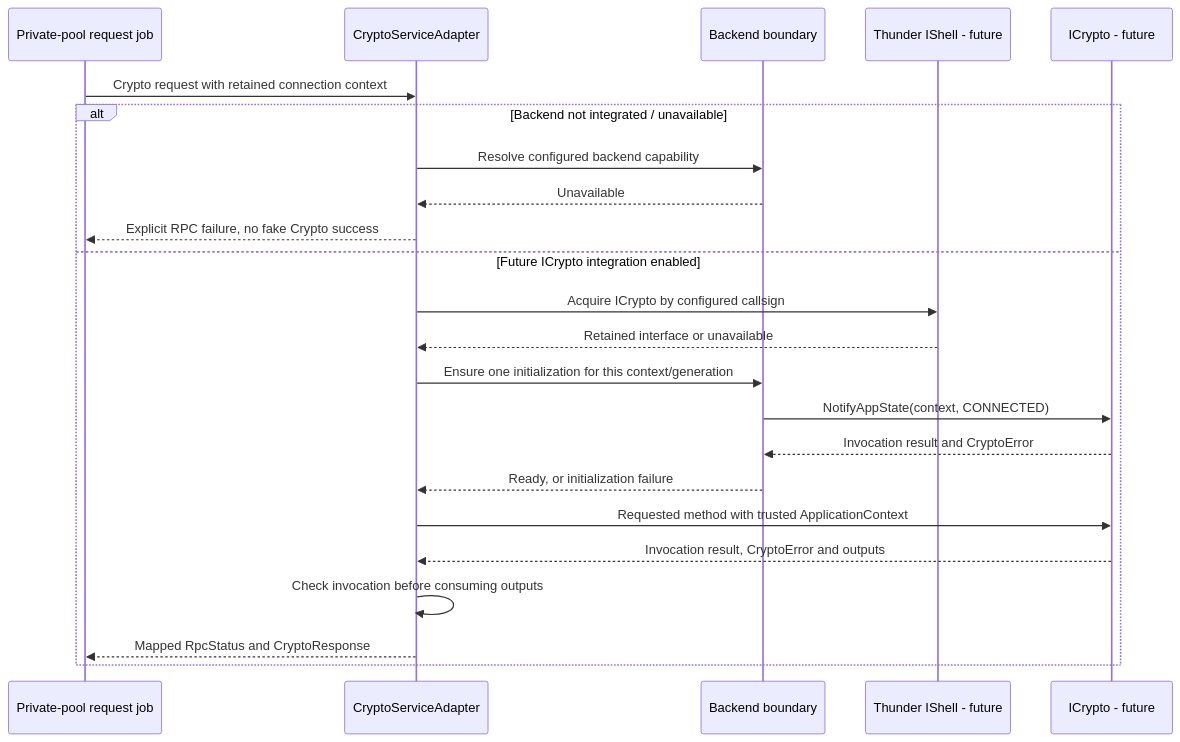
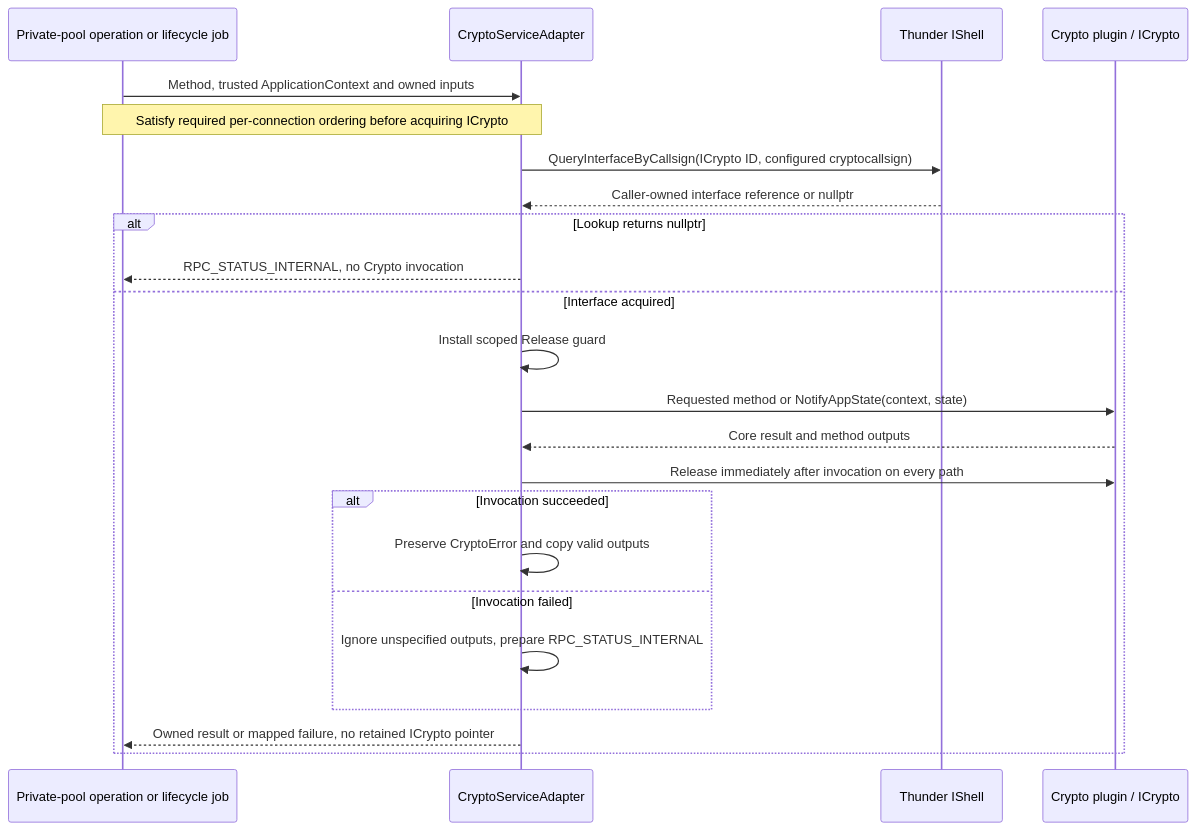
Diagram 19 of 30 in doc/EyilSecureGateway.md (rdkcentral/eyil-secure-gateway), drawn with Mermaid before and after one commit. The commit also changed other lines of this file, not shown here.

````diff
--- a/doc/EyilSecureGateway.md
+++ b/doc/EyilSecureGateway.md
@@ -2418,25 +2492,25 @@
 ```mermaid
 sequenceDiagram
-    participant J as Private-pool request job
+    participant J as Private-pool operation or lifecycle job
     participant A as CryptoServiceAdapter
-    participant B as Backend boundary
-    participant T as Thunder IShell - future
-    participant C as ICrypto - future
-    J->>A: Crypto request with retained connection context
-    alt Backend not integrated / unavailable
-        A->>B: Resolve configured backend capability
-        B-->>A: Unavailable
-        A-->>J: Explicit RPC failure, no fake Crypto success
-    else Future ICrypto integration enabled
-        A->>T: Acquire ICrypto by configured callsign
-        T-->>A: Retained interface or unavailable
-        A->>B: Ensure one initialization for this context/generation
-        B->>C: NotifyAppState(context, CONNECTED)
-        C-->>B: Invocation result and CryptoError
-        B-->>A: Ready, or initialization failure
-        A->>C: Requested method with trusted ApplicationContext
-        C-->>A: Invocation result, CryptoError and outputs
-        A->>A: Check invocation before consuming outputs
-        A-->>J: Mapped RpcStatus and CryptoResponse
+    participant T as Thunder IShell
+    participant C as Crypto plugin / ICrypto
+    J->>A: Method, trusted ApplicationContext and owned inputs
+    Note over J,A: Satisfy required per-connection ordering before acquiring ICrypto
+    A->>T: QueryInterfaceByCallsign(ICrypto ID, configured cryptocallsign)
+    T-->>A: Caller-owned interface reference or nullptr
+    alt Lookup returns nullptr
+        A-->>J: RPC_STATUS_INTERNAL, no Crypto invocation
+    else Interface acquired
+        A->>A: Install scoped Release guard
+        A->>C: Requested method or NotifyAppState(context, state)
+        C-->>A: Core result and method outputs
+        A->>C: Release immediately after invocation on every path
+        alt Invocation succeeded
+            A->>A: Preserve CryptoError and copy valid outputs
+        else Invocation failed
+            A->>A: Ignore unspecified outputs, prepare RPC_STATUS_INTERNAL
+        end
+        A-->>J: Owned result or mapped failure, no retained ICrypto pointer
     end
 ```
````
